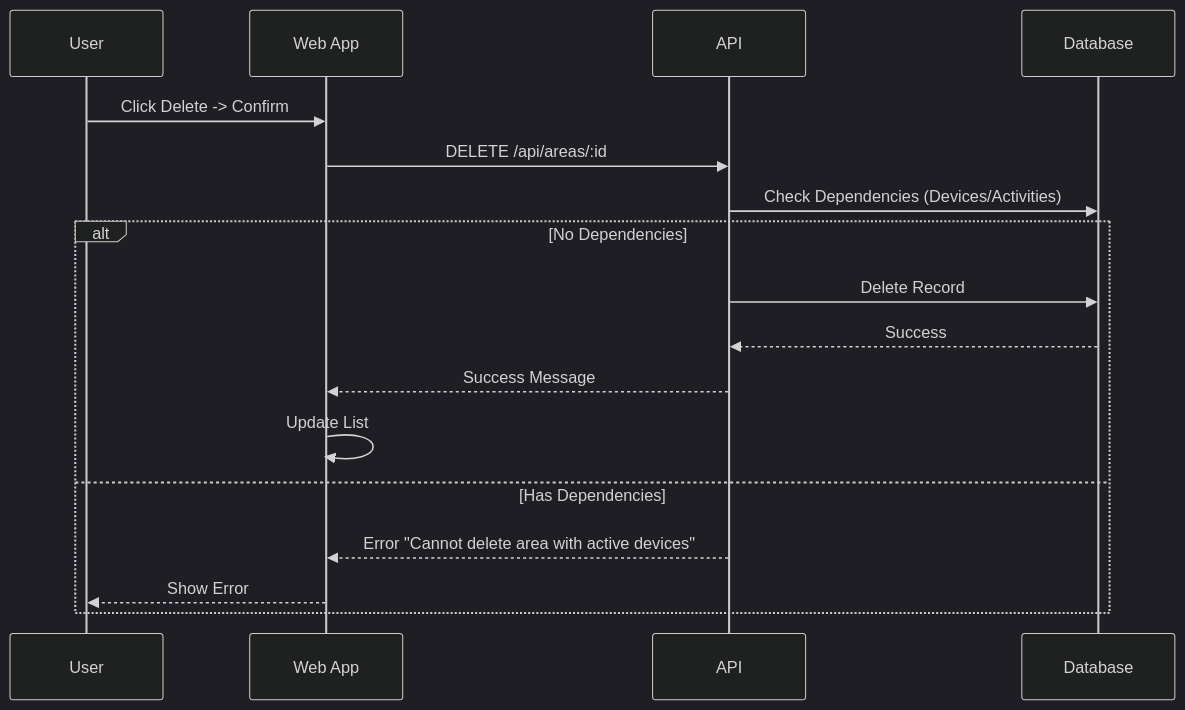
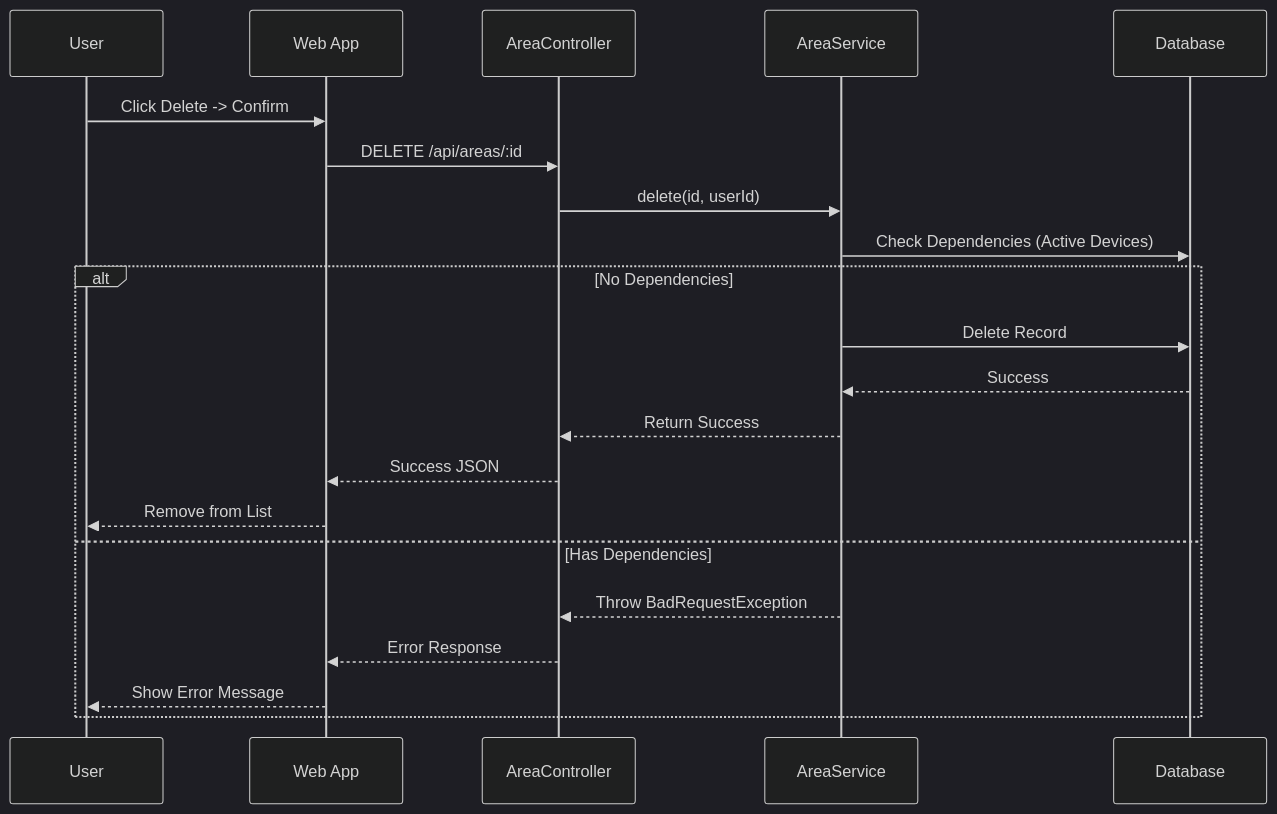
One commit to duong4444/agribot-dev changed the third of 3 diagrams in DOC-TTCS/cultivation_area_docs.md. Above: the diagram before and after it, drawn with Mermaid (dark theme). The commit also changed other lines of this file and 7 other files, not shown here.

````diff
--- a/DOC-TTCS/cultivation_area_docs.md
+++ b/DOC-TTCS/cultivation_area_docs.md
@@ -81,20 +87,25 @@
 ```mermaid
 sequenceDiagram
     participant U as User
     participant FE as Web App
-    participant BE as API
+    participant CTL as AreaController
+    participant SVC as AreaService
     participant DB as Database
 
     U->>FE: Click Delete -> Confirm
-    FE->>BE: DELETE /api/areas/:id
-    BE->>DB: Check Dependencies (Devices/Activities)
+    FE->>CTL: DELETE /api/areas/:id
+    CTL->>SVC: delete(id, userId)
+    
+    SVC->>DB: Check Dependencies (Active Devices)
     alt No Dependencies
-        BE->>DB: Delete Record
-        DB-->>BE: Success
-        BE-->>FE: Success Message
-        FE->>FE: Update List
+        SVC->>DB: Delete Record
+        DB-->>SVC: Success
+        SVC-->>CTL: Return Success
+        CTL-->>FE: Success JSON
+        FE-->>U: Remove from List
     else Has Dependencies
-        BE-->>FE: Error "Cannot delete area with active devices"
-        FE-->>U: Show Error
+        SVC-->>CTL: Throw BadRequestException
+        CTL-->>FE: Error Response
+        FE-->>U: Show Error Message
     end
 ```
````
